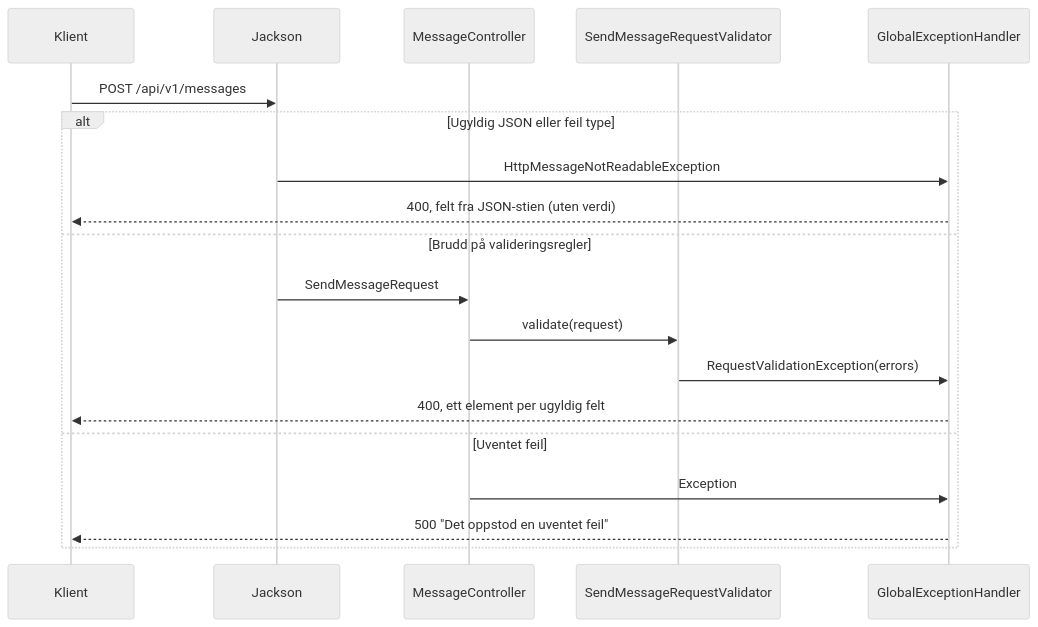
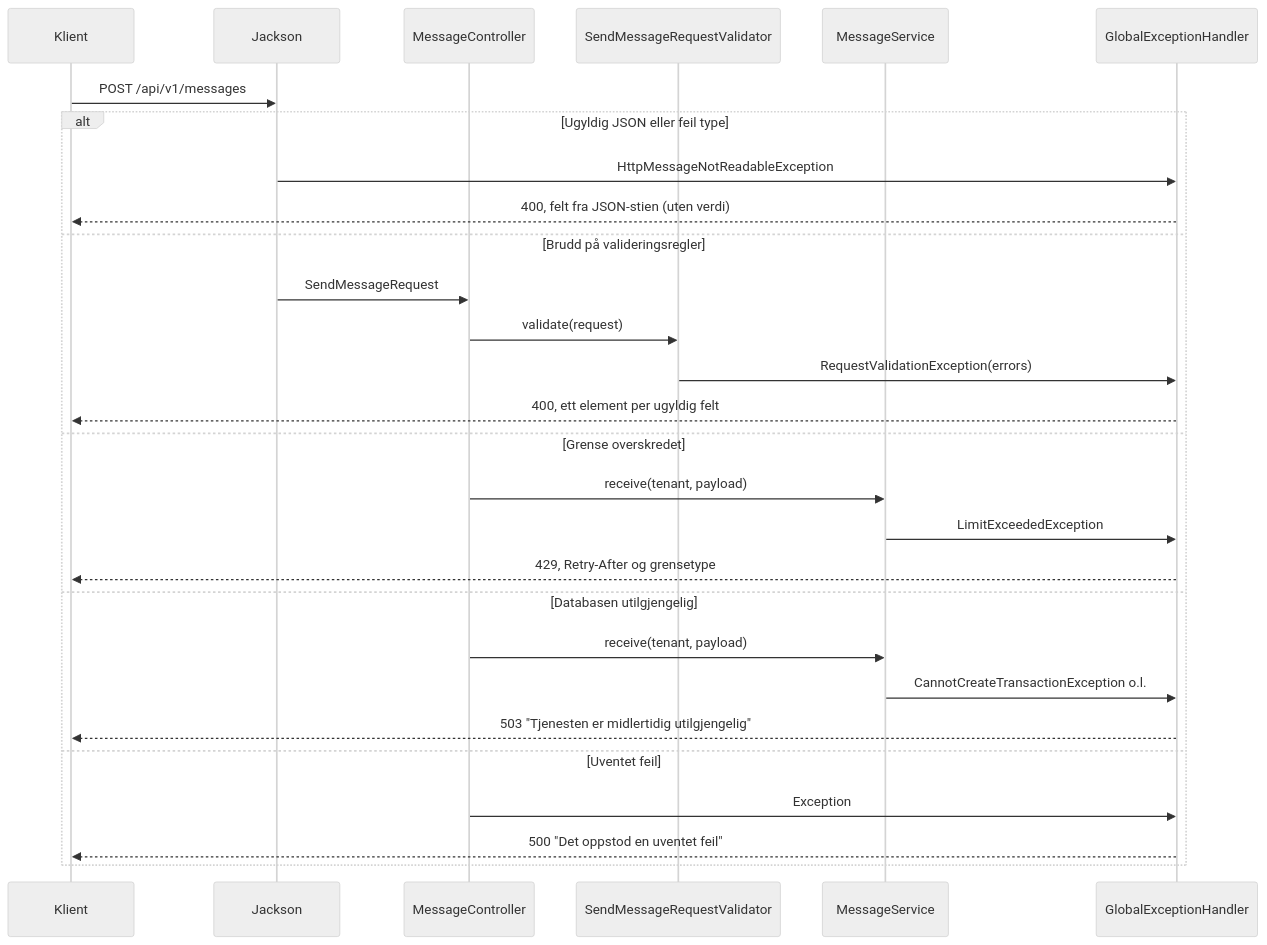
The ninth of 12 diagrams in docs/architecture.md (FINTLabs/fint-communication-service), drawn with Mermaid (neutral theme) before and after one commit. The commit also changed other lines of this file and 25 other files, not shown here.

````diff
--- a/docs/architecture.md
+++ b/docs/architecture.md
@@ -425,22 +457,31 @@
 ```mermaid
 sequenceDiagram
     participant C as Klient
     participant J as Jackson
     participant MC as MessageController
     participant V as SendMessageRequestValidator
+    participant MS as MessageService
     participant H as GlobalExceptionHandler
 
     C->>J: POST /api/v1/messages
     alt Ugyldig JSON eller feil type
         J->>H: HttpMessageNotReadableException
         H-->>C: 400, felt fra JSON-stien (uten verdi)
     else Brudd på valideringsregler
         J->>MC: SendMessageRequest
         MC->>V: validate(request)
         V->>H: RequestValidationException(errors)
         H-->>C: 400, ett element per ugyldig felt
+    else Grense overskredet
+        MC->>MS: receive(tenant, payload)
+        MS->>H: LimitExceededException
+        H-->>C: 429, Retry-After og grensetype
+    else Databasen utilgjengelig
+        MC->>MS: receive(tenant, payload)
+        MS->>H: CannotCreateTransactionException o.l.
+        H-->>C: 503 "Tjenesten er midlertidig utilgjengelig"
     else Uventet feil
         MC->>H: Exception
         H-->>C: 500 "Det oppstod en uventet feil"
     end
 ```
````
